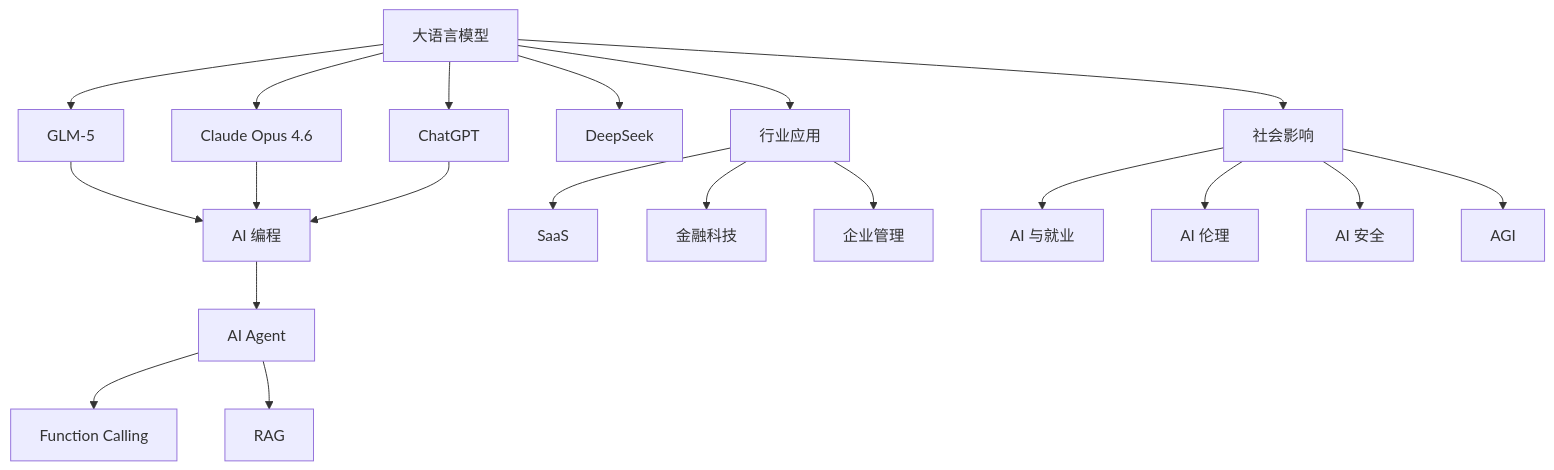
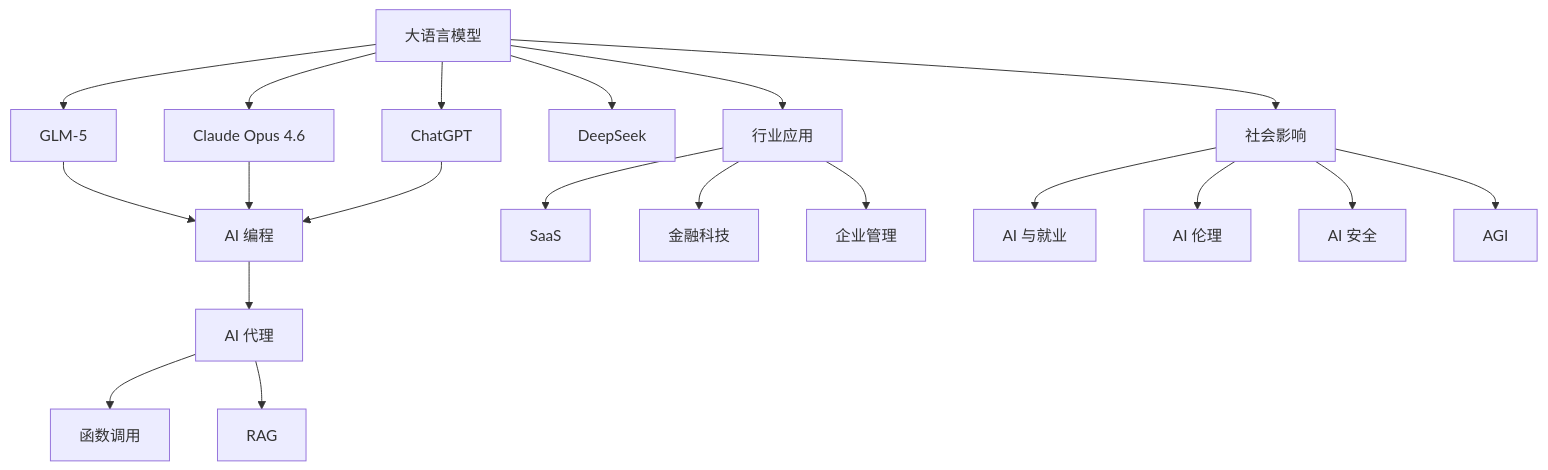
One commit to srxly888-creator/youtube-ai-knowledge changed the diagram in concepts/README.md. Above: the diagram before and after it, drawn with Mermaid. The commit also changed other lines of this file and 3 other files, not shown here.

````diff
--- a/concepts/README.md
+++ b/concepts/README.md
@@ -45,26 +50,26 @@
 ```mermaid
 graph TD
     A[大语言模型] --> B[GLM-5]
     A --> C[Claude Opus 4.6]
     A --> D[ChatGPT]
     A --> E[DeepSeek]
 
     B --> F[AI 编程]
     C --> F
     D --> F
 
-    F --> G[AI Agent]
-    G --> H[Function Calling]
+    F --> G[AI 代理]
+    G --> H[函数调用]
     G --> I[RAG]
 
     A --> J[行业应用]
     J --> K[SaaS]
     J --> L[金融科技]
     J --> M[企业管理]
 
     A --> N[社会影响]
     N --> O[AI 与就业]
     N --> P[AI 伦理]
     N --> Q[AI 安全]
     N --> R[AGI]
 ```
````
